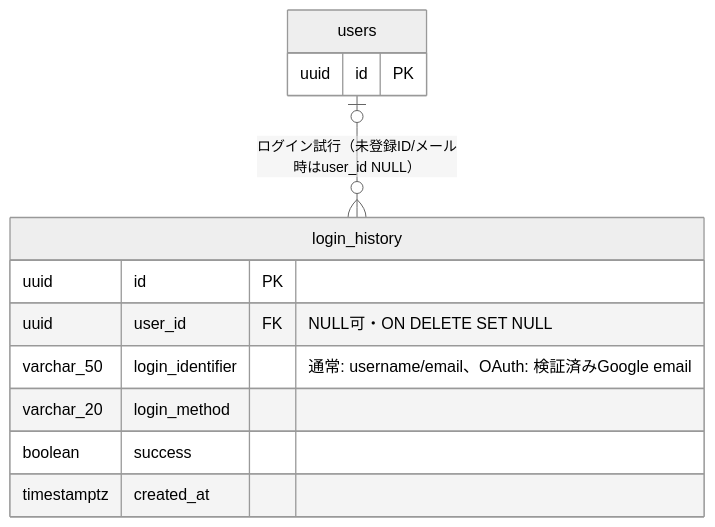
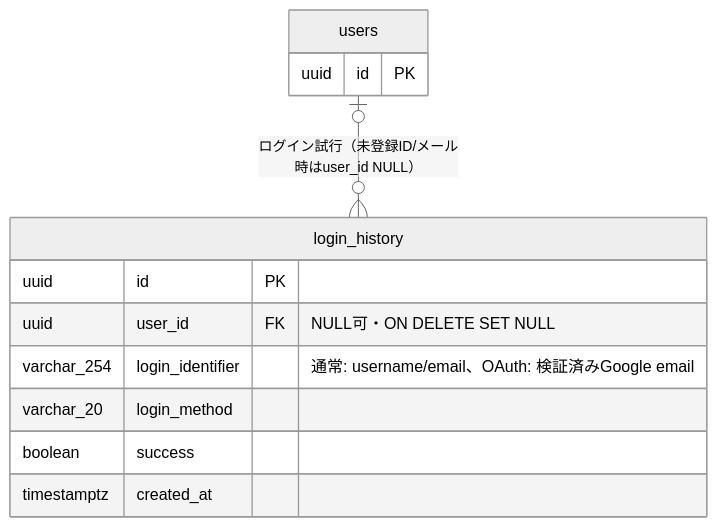
The first of 3 diagrams in docs/detailed_design/database/03_table_login_history.md (oikawa-d/task_management), drawn with Mermaid (neutral theme) before and after one commit. The commit also changed other lines of this file and 21 other files, not shown here.

````diff
--- a/docs/detailed_design/database/03_table_login_history.md
+++ b/docs/detailed_design/database/03_table_login_history.md
@@ -132,16 +132,16 @@
 ```mermaid
 erDiagram
     users |o--o{ login_history : "ログイン試行（未登録ID/メール時はuser_id NULL）"
 
     users {
         uuid id PK
     }
     login_history {
         uuid id PK
         uuid user_id FK "NULL可・ON DELETE SET NULL"
-        varchar_50 login_identifier "通常: username/email、OAuth: 検証済みGoogle email"
+        varchar_254 login_identifier "通常: username/email、OAuth: 検証済みGoogle email"
         varchar_20 login_method
         boolean success
         timestamptz created_at
     }
 ```
````
